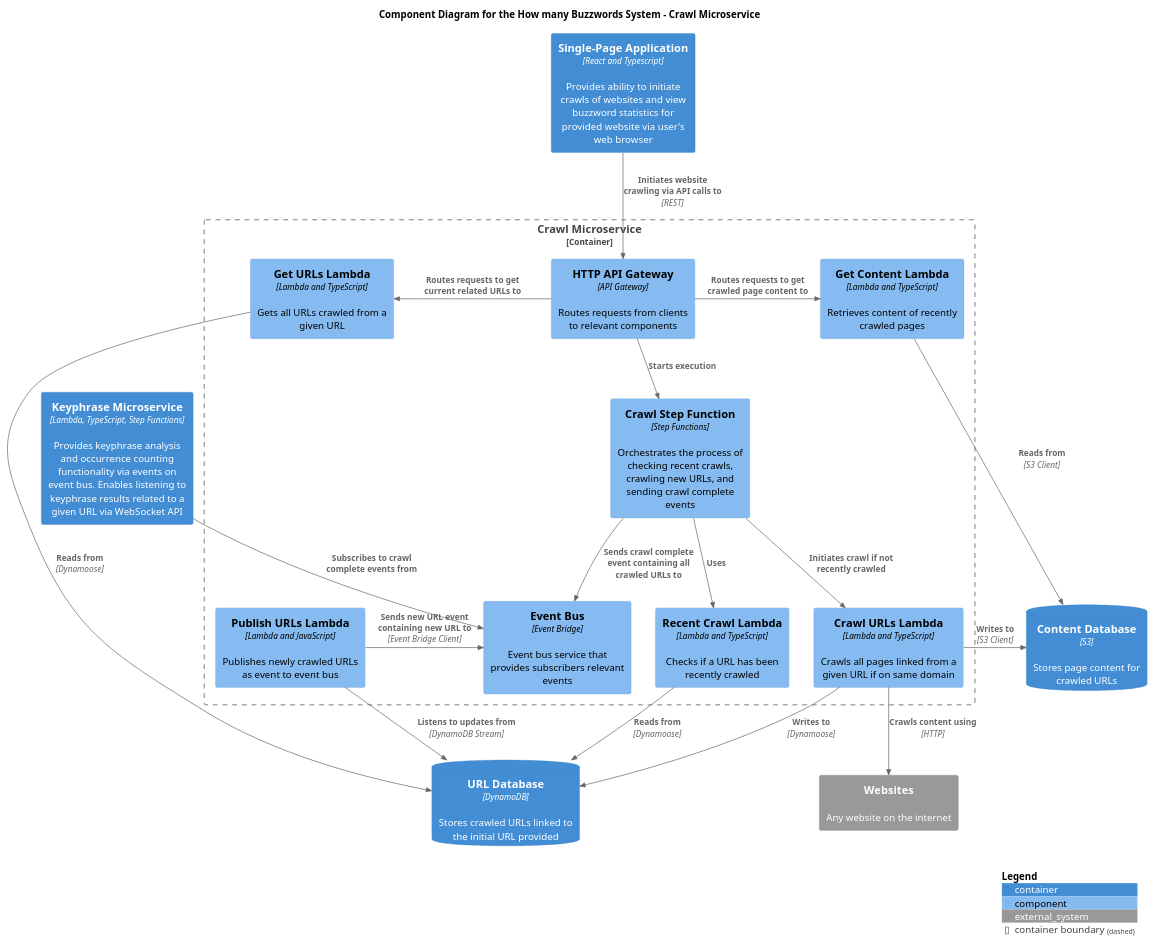
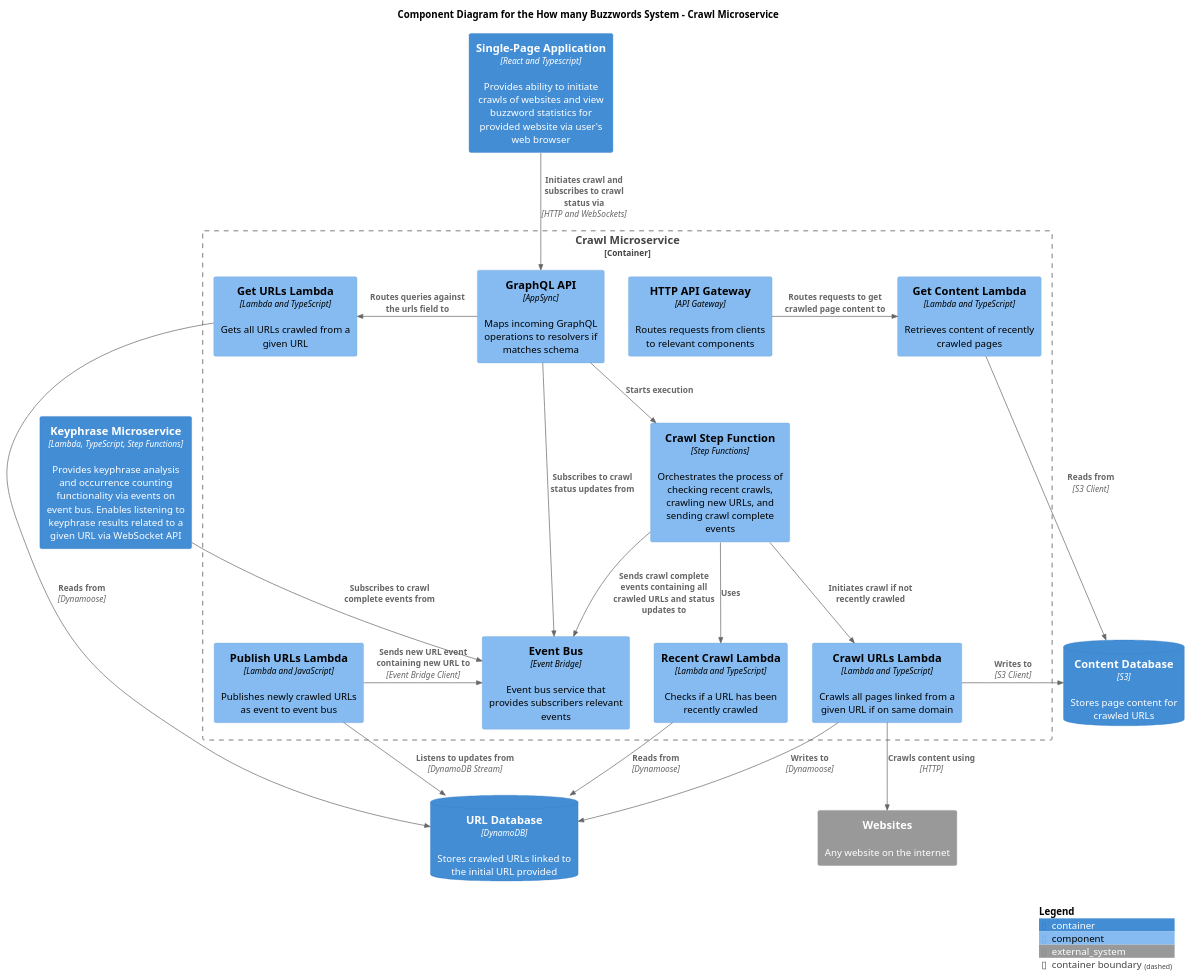
The diagram in docs/c4-diagrams/buzzword-c4-component-crawl-microservice.puml (ashley-evans/how-many-buzzwords), drawn with PlantUML before and after one commit.

Commit message:
Update buzzword-c4-component-crawl-microservice.puml to reflect graphql query and mutation operations to trigger crawl and receive updates/url state

```diff
--- a/docs/c4-diagrams/buzzword-c4-component-crawl-microservice.puml
+++ b/docs/c4-diagrams/buzzword-c4-component-crawl-microservice.puml
@@ -1,53 +1,56 @@
 @startuml Buzzword C4 Component Diagram
 
 !include https://raw.githubusercontent.com/plantuml-stdlib/C4-PlantUML/master/C4_Component.puml
 
 title Component Diagram for the How many Buzzwords System - Crawl Microservice
 
 Container(single_page_application, "Single-Page Application", "React and Typescript", $descr="Provides ability to initiate crawls of websites and view buzzword statistics for provided website via user's web browser")
 Container(keyphrase_microservice, "Keyphrase Microservice", "Lambda, TypeScript, Step Functions", "Provides keyphrase analysis and occurrence counting functionality via events on event bus. Enables listening to keyphrase results related to a given URL via WebSocket API")
 
 Container_Boundary(crawl_microservice_boundary, "Crawl Microservice") {
     Component(api_gateway, "HTTP API Gateway", "API Gateway", "Routes requests from clients to relevant components")
+    Component(graphql_api, "GraphQL API", "AppSync", "Maps incoming GraphQL operations to resolvers if matches schema")
     Component(step_function, "Crawl Step Function", "Step Functions", "Orchestrates the process of checking recent crawls, crawling new URLs, and sending crawl complete events")
     Component(recent_crawl_lambda, "Recent Crawl Lambda", "Lambda and TypeScript", "Checks if a URL has been recently crawled")
     Component(crawl_urls_lambda, "Crawl URLs Lambda", "Lambda and TypeScript", "Crawls all pages linked from a given URL if on same domain")
     Component(get_content_lambda, "Get Content Lambda", "Lambda and TypeScript", "Retrieves content of recently crawled pages")
     Component(get_urls_lambda, "Get URLs Lambda", "Lambda and TypeScript", "Gets all URLs crawled from a given URL")
     Component(publish_urls_lambda, "Publish URLs Lambda", "Lambda and JavaScript", "Publishes newly crawled URLs as event to event bus")
     Component(event_bus, "Event Bus", "Event Bridge", "Event bus service that provides subscribers relevant events")
 }
 
 ContainerDb(url_db, "URL Database", "DynamoDB", $descr="Stores crawled URLs linked to the initial URL provided")
 ContainerDb(content_db, "Content Database", "S3", $descr="Stores page content for crawled URLs")
 
 System_Ext(websites, "Websites", "Any website on the internet")
 
-Rel(single_page_application, api_gateway, "Initiates website crawling via API calls to", "REST")
+Rel(single_page_application, graphql_api, "Initiates crawl and subscribes to crawl status via", "HTTP and WebSockets")
 
-Rel(api_gateway, step_function, "Starts execution")
-Rel_L(api_gateway, get_urls_lambda, "Routes requests to get current related URLs to")
+Rel(graphql_api, step_function, "Starts execution")
+Rel_L(graphql_api, get_urls_lambda, "Routes queries against the urls field to")
+
 Rel_R(api_gateway, get_content_lambda, "Routes requests to get crawled page content to")
 
 Rel(step_function, recent_crawl_lambda, "Uses")
 Rel(step_function, crawl_urls_lambda, "Initiates crawl if not recently crawled")
-Rel(step_function, event_bus, "Sends crawl complete event containing all crawled URLs to")
+Rel(step_function, event_bus, "Sends crawl complete events containing all crawled URLs and status updates to")
 
 Rel(recent_crawl_lambda, url_db, "Reads from", "Dynamoose")
 
 Rel(crawl_urls_lambda, url_db, "Writes to", "Dynamoose")
 Rel_R(crawl_urls_lambda, content_db, "Writes to", "S3 Client")
 Rel_D(crawl_urls_lambda, websites, "Crawls content using", "HTTP")
 
 Rel(get_urls_lambda, url_db, "Reads from", "Dynamoose")
 
 Rel(get_content_lambda, content_db, "Reads from", "S3 Client")
 
 Rel_U(publish_urls_lambda, url_db, "Listens to updates from", "DynamoDB Stream")
 Rel_R(publish_urls_lambda, event_bus, "Sends new URL event containing new URL to", "Event Bridge Client")
 
 Rel(keyphrase_microservice, event_bus, "Subscribes to crawl complete events from")
+Rel(graphql_api, event_bus, "Subscribes to crawl status updates from")
 
 SHOW_LEGEND()
 
 @enduml
```
